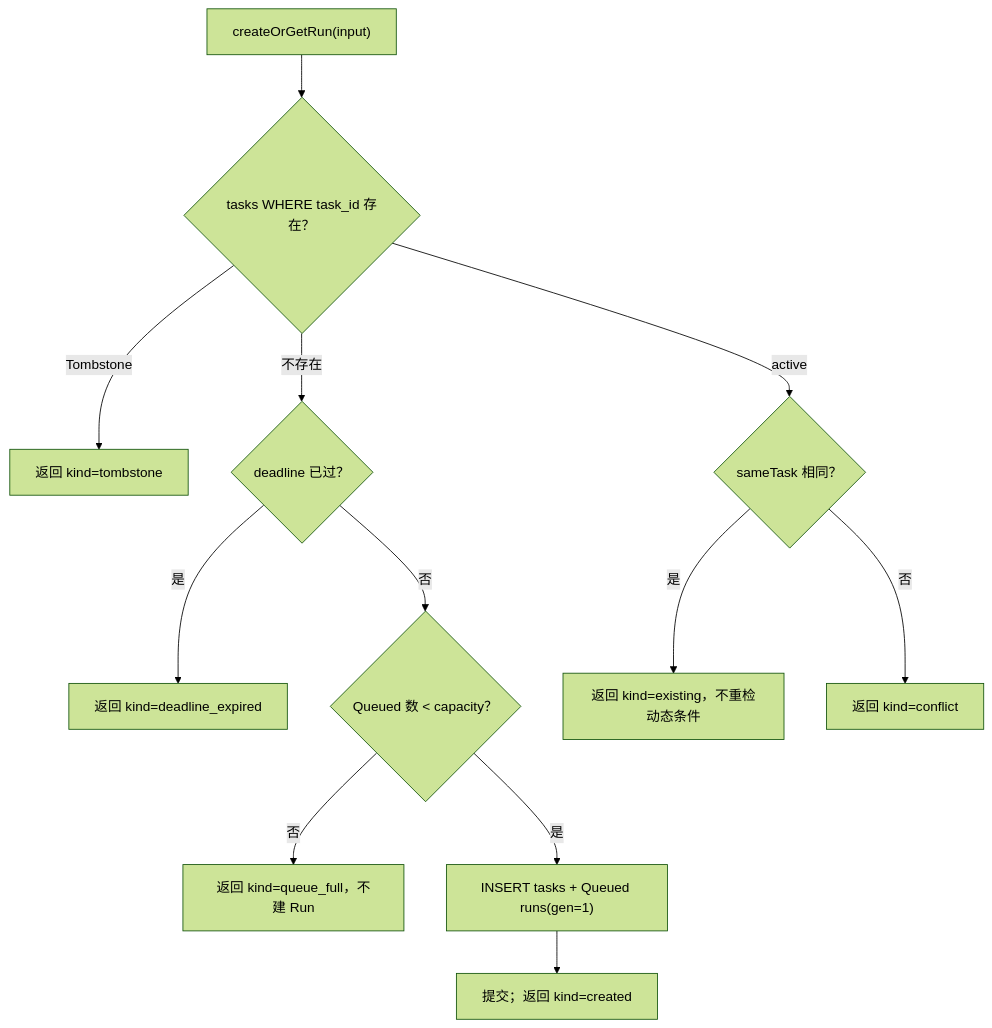
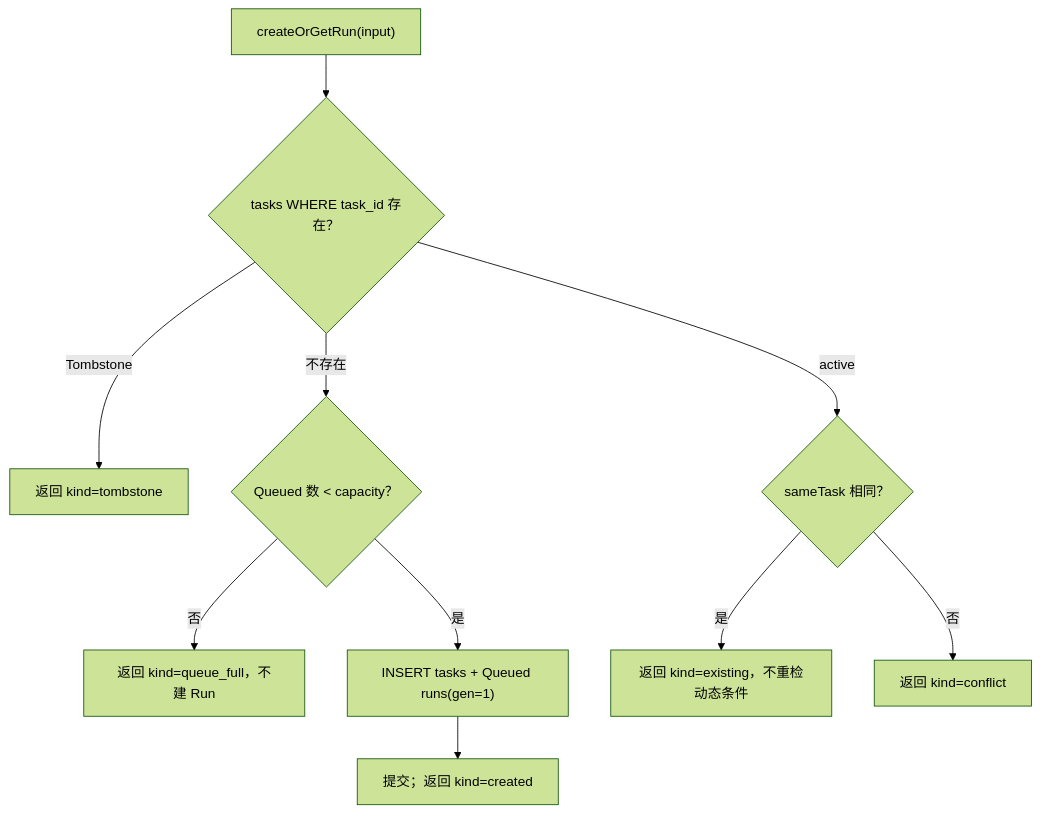
The fourth of 8 diagrams in docs/40_module_design/piko-task-repository-design.md (corezilla/piko), drawn with Mermaid (forest theme) before and after one commit. The commit also changed other lines of this file and 86 other files, not shown here.

````diff
--- a/docs/40_module_design/piko-task-repository-design.md
+++ b/docs/40_module_design/piko-task-repository-design.md
@@ -886,14 +885,12 @@
 ```mermaid
 flowchart TD
     A["createOrGetRun(input)"] --> B{"tasks WHERE task_id 存在？"}
     B -->|Tombstone| Z1["返回 kind=tombstone"]
-    B -->|不存在| C{"deadline 已过？"}
-    C -->|是| Z2["返回 kind=deadline_expired"]
-    C -->|否| D{"Queued 数 < capacity？"}
+    B -->|不存在| D{"Queued 数 < capacity？"}
     D -->|否| Z3["返回 kind=queue_full，不建 Run"]
     D -->|是| E["INSERT tasks + Queued runs(gen=1)"]
     E --> F["提交；返回 kind=created"]
     B -->|active| G{"sameTask 相同？"}
     G -->|是| H["返回 kind=existing，不重检动态条件"]
     G -->|否| Z4["返回 kind=conflict"]
 ```
````
